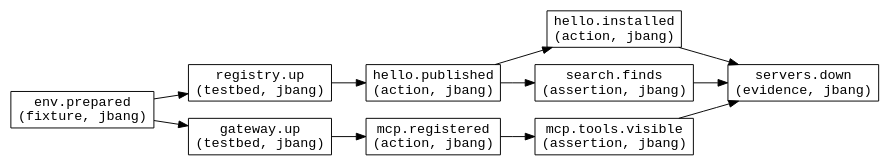
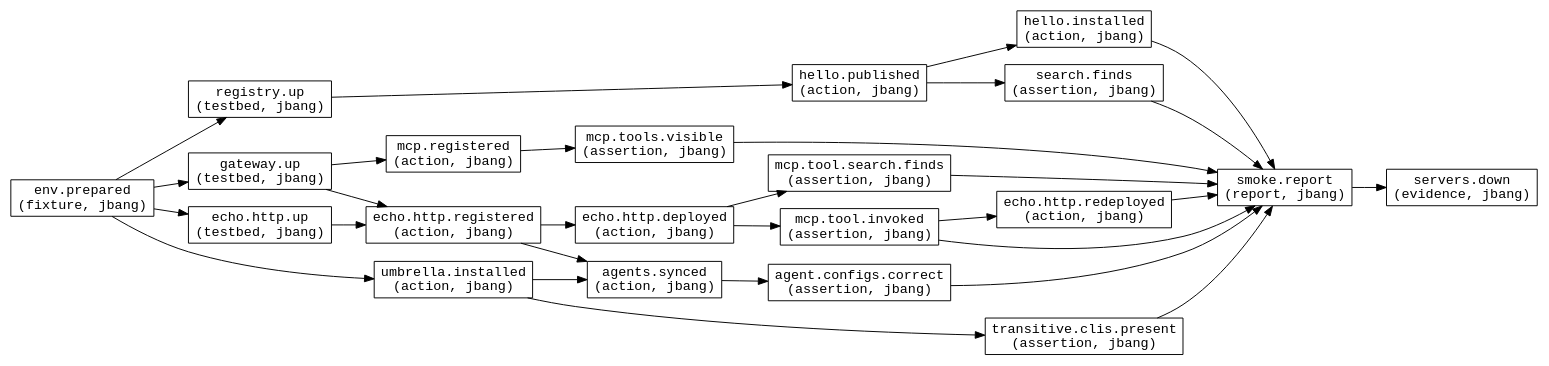
The diagram in test_graph/docs/smoke.dot (haydenrear/skill-manager), drawn with Graphviz before and after one commit. The commit also changed 25 other files, not shown here.

```diff
--- a/test_graph/docs/smoke.dot
+++ b/test_graph/docs/smoke.dot
@@ -1,23 +1,52 @@
 digraph "smoke" {
   rankdir=LR;
   node [shape=box,fontname="Courier"];
   "env.prepared" [label="env.prepared\n(fixture, jbang)"];
   "registry.up" [label="registry.up\n(testbed, jbang)"];
   "gateway.up" [label="gateway.up\n(testbed, jbang)"];
+  "echo.http.up" [label="echo.http.up\n(testbed, jbang)"];
   "hello.published" [label="hello.published\n(action, jbang)"];
   "hello.installed" [label="hello.installed\n(action, jbang)"];
   "search.finds" [label="search.finds\n(assertion, jbang)"];
+  "umbrella.installed" [label="umbrella.installed\n(action, jbang)"];
+  "transitive.clis.present" [label="transitive.clis.present\n(assertion, jbang)"];
   "mcp.registered" [label="mcp.registered\n(action, jbang)"];
   "mcp.tools.visible" [label="mcp.tools.visible\n(assertion, jbang)"];
+  "echo.http.registered" [label="echo.http.registered\n(action, jbang)"];
+  "echo.http.deployed" [label="echo.http.deployed\n(action, jbang)"];
+  "mcp.tool.search.finds" [label="mcp.tool.search.finds\n(assertion, jbang)"];
+  "mcp.tool.invoked" [label="mcp.tool.invoked\n(assertion, jbang)"];
+  "echo.http.redeployed" [label="echo.http.redeployed\n(action, jbang)"];
+  "agents.synced" [label="agents.synced\n(action, jbang)"];
+  "agent.configs.correct" [label="agent.configs.correct\n(assertion, jbang)"];
+  "smoke.report" [label="smoke.report\n(report, jbang)"];
   "servers.down" [label="servers.down\n(evidence, jbang)"];
   "env.prepared" -> "registry.up";
   "env.prepared" -> "gateway.up";
+  "env.prepared" -> "echo.http.up";
   "registry.up" -> "hello.published";
   "hello.published" -> "hello.installed";
   "hello.published" -> "search.finds";
+  "env.prepared" -> "umbrella.installed";
+  "umbrella.installed" -> "transitive.clis.present";
   "gateway.up" -> "mcp.registered";
   "mcp.registered" -> "mcp.tools.visible";
-  "mcp.tools.visible" -> "servers.down";
-  "search.finds" -> "servers.down";
-  "hello.installed" -> "servers.down";
+  "gateway.up" -> "echo.http.registered";
+  "echo.http.up" -> "echo.http.registered";
+  "echo.http.registered" -> "echo.http.deployed";
+  "echo.http.deployed" -> "mcp.tool.search.finds";
+  "echo.http.deployed" -> "mcp.tool.invoked";
+  "mcp.tool.invoked" -> "echo.http.redeployed";
+  "umbrella.installed" -> "agents.synced";
+  "echo.http.registered" -> "agents.synced";
+  "agents.synced" -> "agent.configs.correct";
+  "transitive.clis.present" -> "smoke.report";
+  "mcp.tool.search.finds" -> "smoke.report";
+  "mcp.tool.invoked" -> "smoke.report";
+  "echo.http.redeployed" -> "smoke.report";
+  "agent.configs.correct" -> "smoke.report";
+  "search.finds" -> "smoke.report";
+  "mcp.tools.visible" -> "smoke.report";
+  "hello.installed" -> "smoke.report";
+  "smoke.report" -> "servers.down";
 }
```
